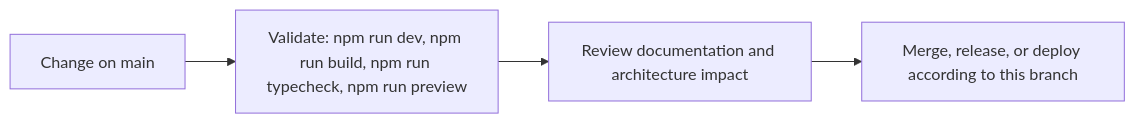
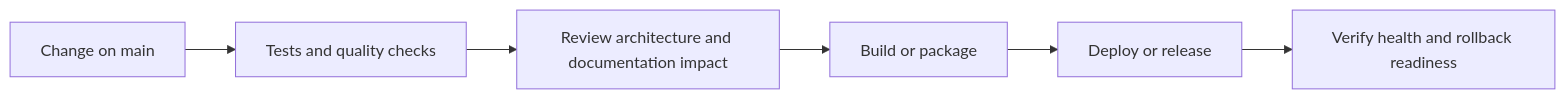
Before and after one commit to Nischhalsubba/Valentine-Web-App: the fourth of 5 diagrams in README.md, drawn with Mermaid. The commit also changed other lines of this file, not shown here.

````diff
--- a/README.md
+++ b/README.md
@@ -75,8 +151,8 @@
 ```mermaid
 flowchart LR
-    CHANGE["Change on main"]
-    CHECK["Validate: npm run dev, npm run build, npm run typecheck, npm run preview"]
-    REVIEW["Review documentation and architecture impact"]
-    RELEASE["Merge, release, or deploy according to this branch"]
-    CHANGE --> CHECK --> REVIEW --> RELEASE
+    CHANGE["Change on main"] --> CHECK["Tests and quality checks"]
+    CHECK --> REVIEW["Review architecture and documentation impact"]
+    REVIEW --> BUILD["Build or package"]
+    BUILD --> DEPLOY["Deploy or release"]
+    DEPLOY --> VERIFY["Verify health and rollback readiness"]
 ```
````
